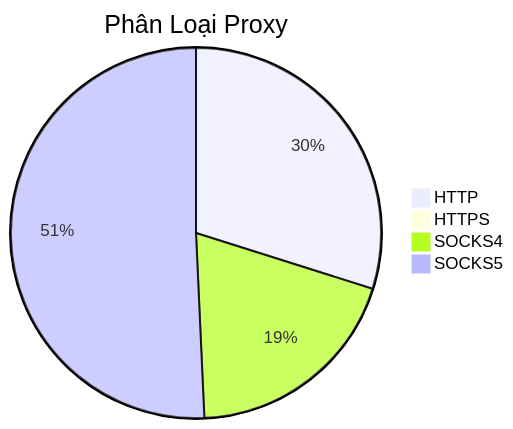
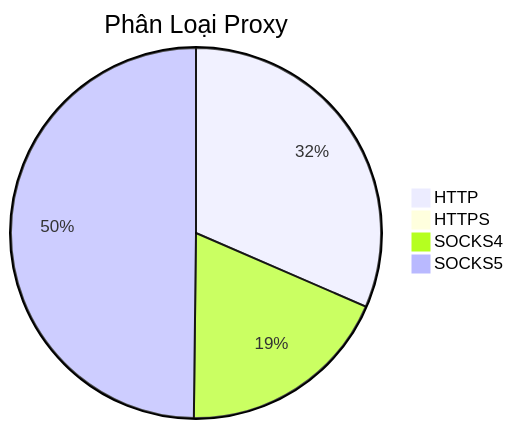
The diagram in README.md (Ciara-12/PROXY-free), drawn with Mermaid before and after one commit. The commit also changed other lines of this file and 3 other files, not shown here.

````diff
--- a/README.md
+++ b/README.md
@@ -26,7 +26,7 @@
 ```mermaid
 pie title Phân Loại Proxy
-    "HTTP" : 517
+    "HTTP" : 513
     "HTTPS" : 0
-    "SOCKS4" : 336
-    "SOCKS5" : 878
+    "SOCKS4" : 304
+    "SOCKS5" : 811
 ```
````
